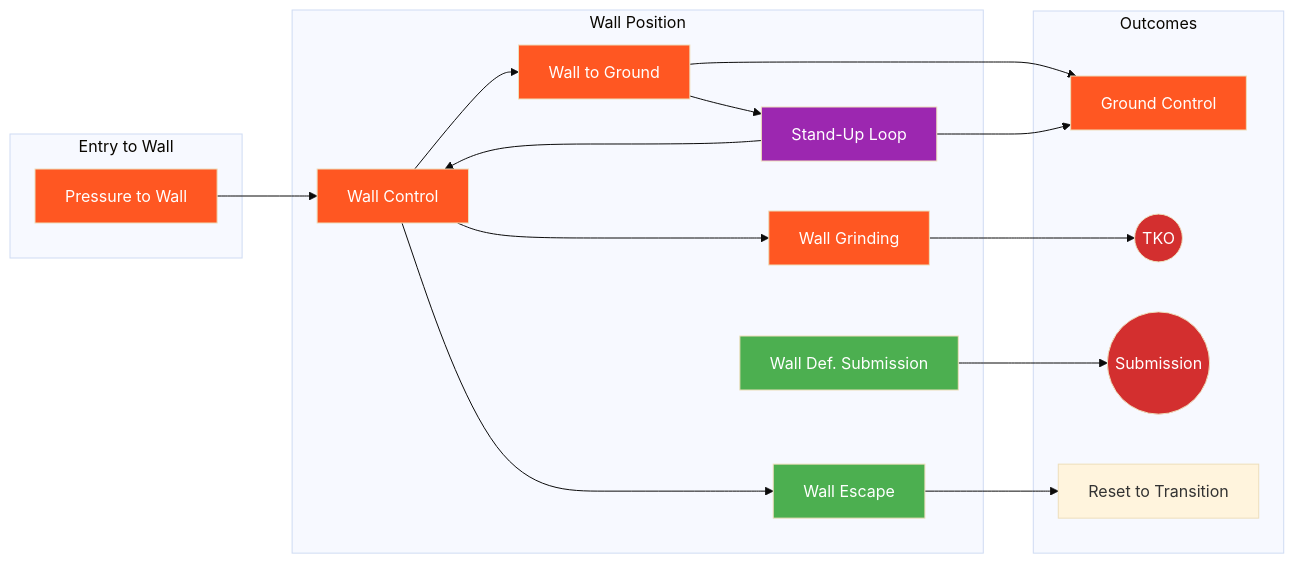
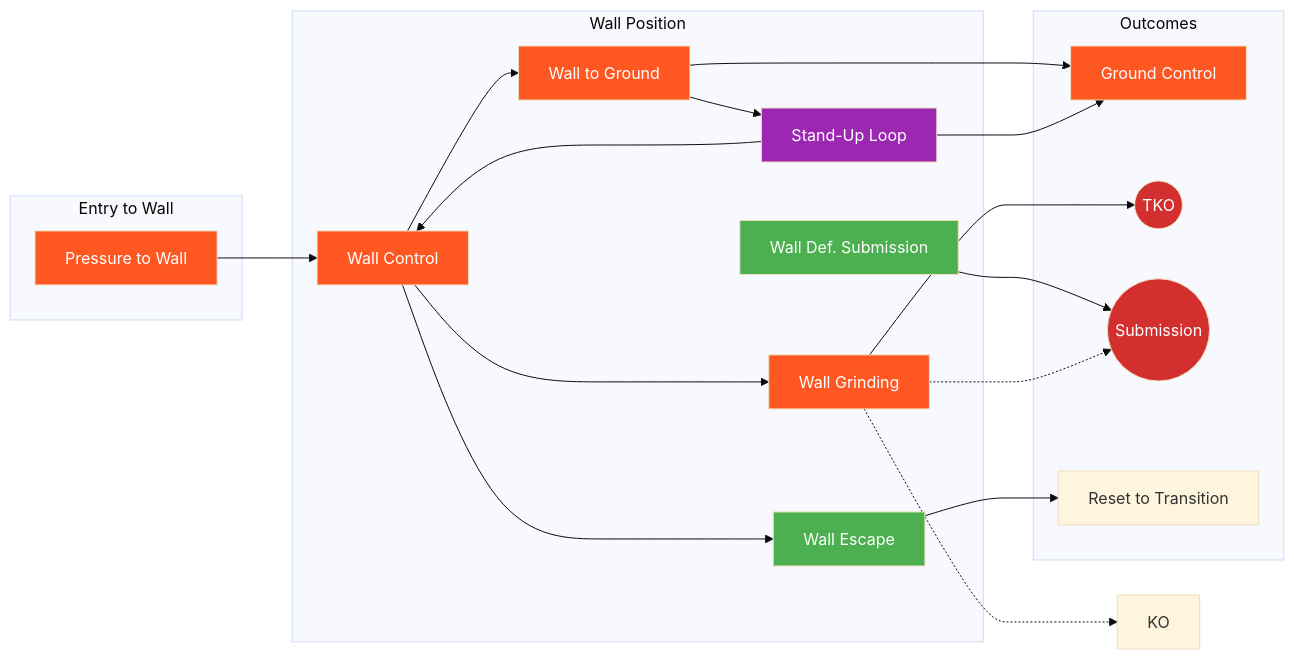
One commit to ACalienes/Ecological-MMA-Game-System changed the fifth of 7 diagrams in docs/system/map.md. Above: the diagram before and after it, drawn with Mermaid (base theme). The commit also changed other lines of this file and 1 other file, not shown here.

Commit message:
Add wall knockout and standing submission paths
Wall fighting can lead to all three finish types:
- TKO (primary): Accumulated damage from grinding
- KO (dotted): Dirty boxing knockout - short hooks, uppercuts, knees
- SUB (dotted): Standing submissions - guillotine, RNC, arm triangle

Changes:
- index.md: Add W_ATK -.-> KO and W_ATK -.-> SUB
- map.md: Add WGr -.-> KO and WGr -.-> SUB

Completes the finish path audit - all realistic MMA outcomes now represented.

````diff
--- a/docs/system/map.md
+++ b/docs/system/map.md
@@ -370,45 +372,47 @@
 ```mermaid
 flowchart LR
     subgraph ENTRY["Entry to Wall"]
         PTW[Pressure to Wall]
     end
 
     subgraph WALL["Wall Position"]
         WCon[Wall Control]
         WE[Wall Escape]
         WDS[Wall Def. Submission]
         WG[Wall to Ground]
         WGr[Wall Grinding]
         SUL[Stand-Up Loop]
     end
 
     subgraph OUTCOMES["Outcomes"]
         GC[Ground Control]
         TKO((TKO))
         SUB((Submission))
         RESET[Reset to Transition]
     end
 
     PTW --> WCon
     WCon --> WE
     WCon --> WG
     WCon --> WGr
     WE --> RESET
     WDS --> SUB
     WG --> SUL
     WG --> GC
     WGr --> TKO
+    WGr -.-> KO
+    WGr -.-> SUB
     SUL --> WCon
     SUL --> GC
 
     style PTW fill:#FF5722,color:#fff
     style WCon fill:#FF5722,color:#fff
     style WE fill:#4CAF50,color:#fff
     style WDS fill:#4CAF50,color:#fff
     style WG fill:#FF5722,color:#fff
     style WGr fill:#FF5722,color:#fff
     style SUL fill:#9C27B0,color:#fff
     style GC fill:#FF5722,color:#fff
     style TKO fill:#D32F2F,color:#fff
     style SUB fill:#D32F2F,color:#fff
 ```
````
